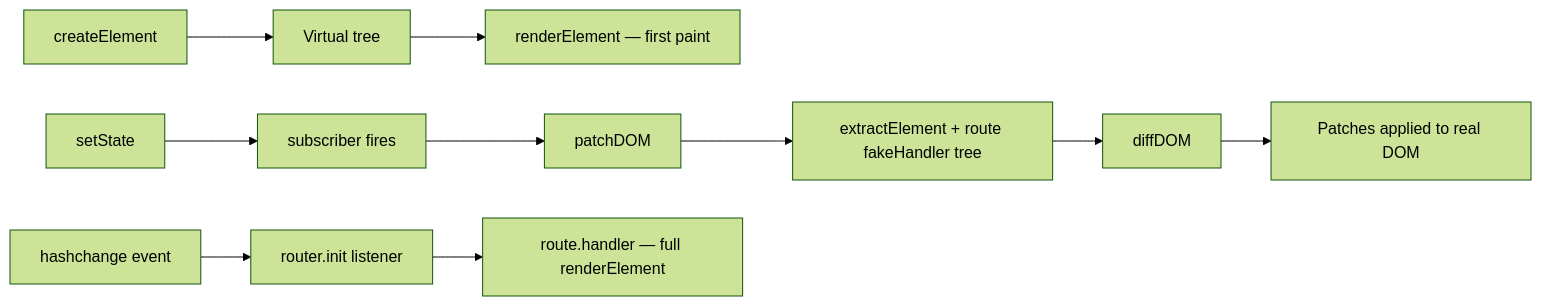
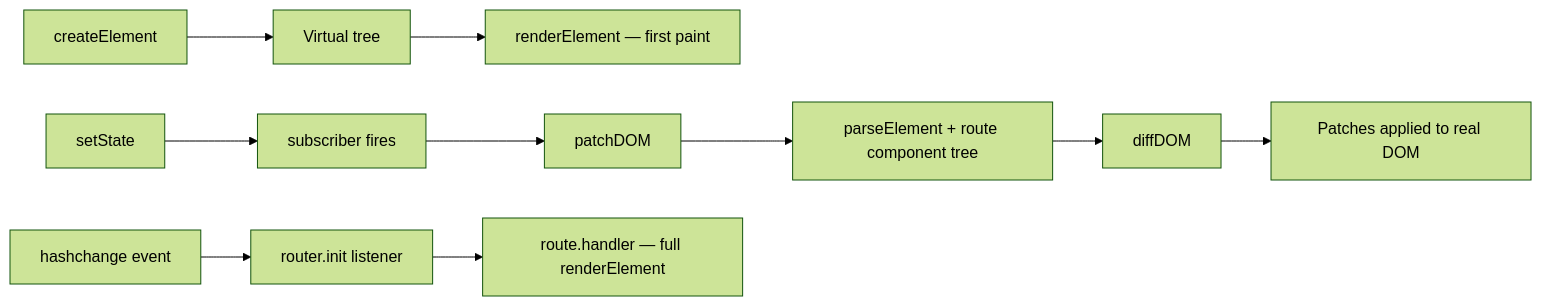
One commit to thakkou/mini-framework changed the diagram in readme.md. Above: the diagram before and after it, drawn with Mermaid (forest theme). The commit also changed other lines of this file and 15 other files, not shown here.

````diff
--- a/readme.md
+++ b/readme.md
@@ -256,12 +256,12 @@
 ```mermaid
 flowchart LR
   A[createElement] --> B[Virtual tree]
   B --> C[renderElement — first paint]
   D[setState] --> E[subscriber fires]
   E --> F[patchDOM]
-  F --> G[extractElement + route fakeHandler tree]
+  F --> G[parseElement + route component tree]
   G --> H[diffDOM]
   H --> I[Patches applied to real DOM]
   J[hashchange event] --> K[router.init listener]
   K --> L[route.handler — full renderElement]
 ```
````
